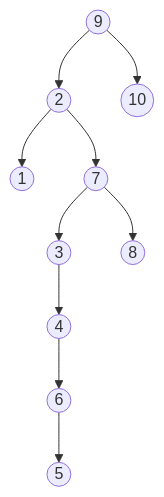
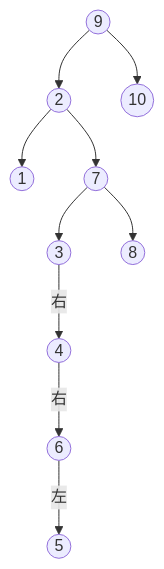
Before and after one commit to Myyura/the_kai_project: the diagram in docs/kobe-university/system_informatics/2019/csi_201808_senmon_cs_2.md, drawn with Mermaid. The commit also changed 1198 other files, not shown here.

````diff
--- a/docs/kobe-university/system_informatics/2019/csi_201808_senmon_cs_2.md
+++ b/docs/kobe-university/system_informatics/2019/csi_201808_senmon_cs_2.md
@@ -120,12 +120,12 @@
 ```mermaid
 flowchart TD
     n9((9)) --> n2((2))
     n9 --> n10((10))
     n2 --> n1((1))
     n2 --> n7((7))
     n7 --> n3((3))
     n7 --> n8((8))
-    n3 --> n4((4))
-    n4 --> n6((6))
-    n6 --> n5((5))
+    n3 -->|右| n4((4))
+    n4 -->|右| n6((6))
+    n6 -->|左| n5((5))
 ```
````
